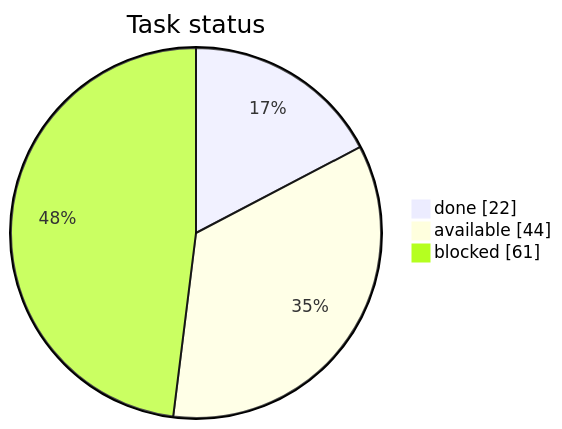
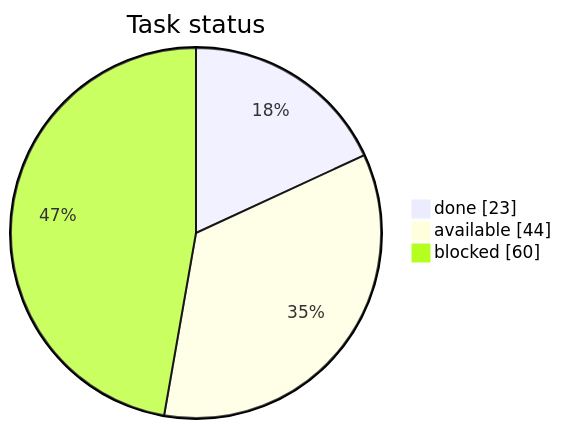
The first of 3 diagrams in STATUS.md (artemiiShabanov/RallyRivals), drawn with Mermaid before and after one commit. The commit also changed other lines of this file and 5 other files, not shown here.

````diff
--- a/STATUS.md
+++ b/STATUS.md
@@ -7,7 +7,7 @@
 ```mermaid
 pie showData
     title Task status
-    "done" : 22
+    "done" : 23
     "available" : 44
-    "blocked" : 61
+    "blocked" : 60
 ```
````
